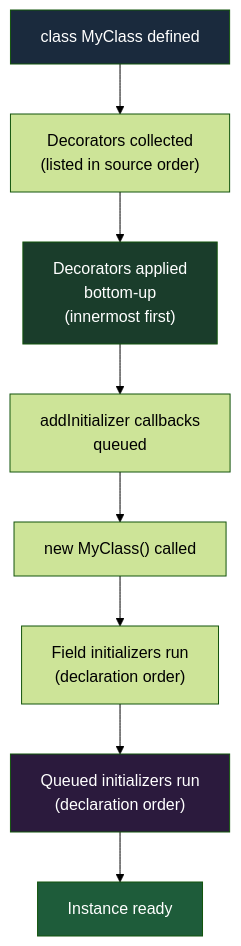
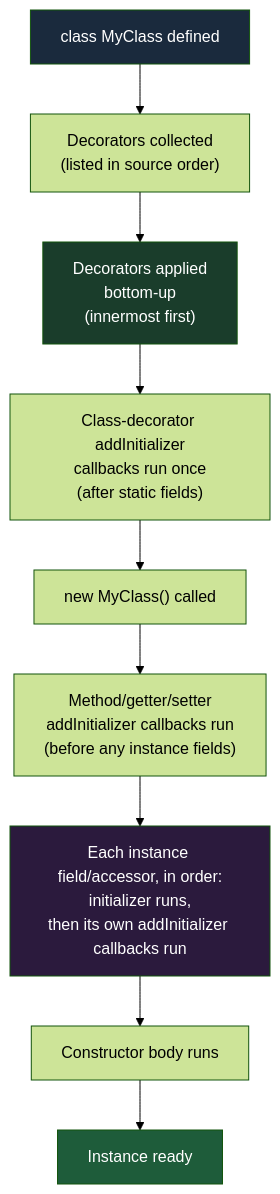
One commit to alivedise/frontend-engineering-essentials changed the diagram in docs/en/Web Platform Proposals/TC39 and JS Proposals/10300.md. Above: the diagram before and after it, drawn with Mermaid (forest theme). The commit also changed other lines of this file and 1 other file, not shown here.

````diff
--- a/docs/en/Web Platform Proposals/TC39 and JS Proposals/10300.md
+++ b/docs/en/Web Platform Proposals/TC39 and JS Proposals/10300.md
@@ -198,15 +118,16 @@
 ```mermaid
 flowchart TD
     A["class MyClass defined"] --> B["Decorators collected\n(listed in source order)"]
     B --> C["Decorators applied\nbottom-up\n(innermost first)"]
-    C --> D["addInitializer callbacks\nqueued"]
+    C --> D["Class-decorator addInitializer\ncallbacks run once\n(after static fields)"]
     D --> E["new MyClass() called"]
-    E --> F["Field initializers run\n(declaration order)"]
-    F --> G["Queued initializers run\n(declaration order)"]
-    G --> H["Instance ready"]
+    E --> F["Method/getter/setter\naddInitializer callbacks run\n(before any instance fields)"]
+    F --> G["Each instance field/accessor, in order:\ninitializer runs,\nthen its own addInitializer callbacks run"]
+    G --> H["Constructor body runs"]
+    H --> I["Instance ready"]
 
     style A fill:#1a2a3d,color:#fff
     style C fill:#1a3d2b,color:#fff
     style G fill:#2b1a3d,color:#fff
-    style H fill:#1e5c3a,color:#fff
+    style I fill:#1e5c3a,color:#fff
 ```
````
